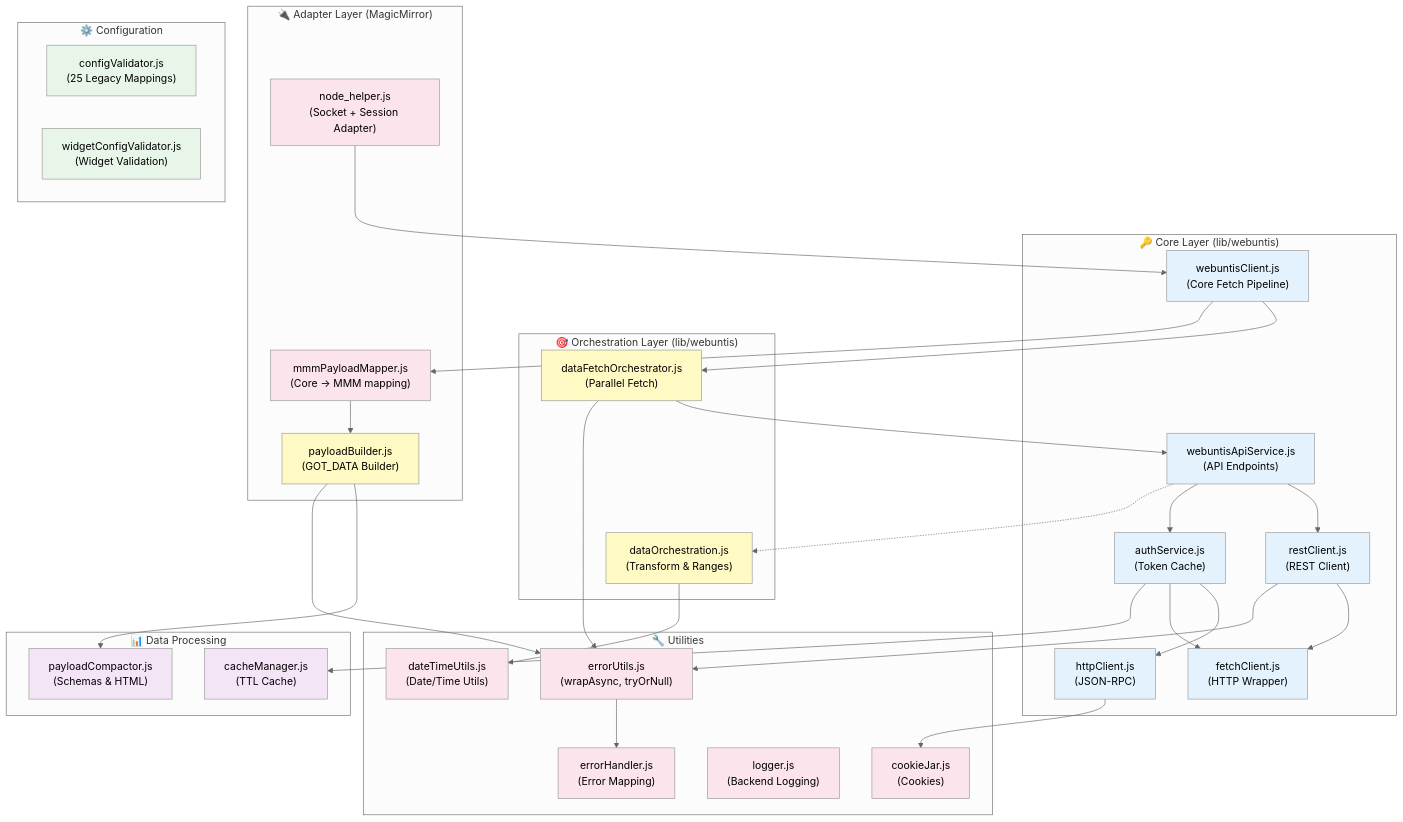
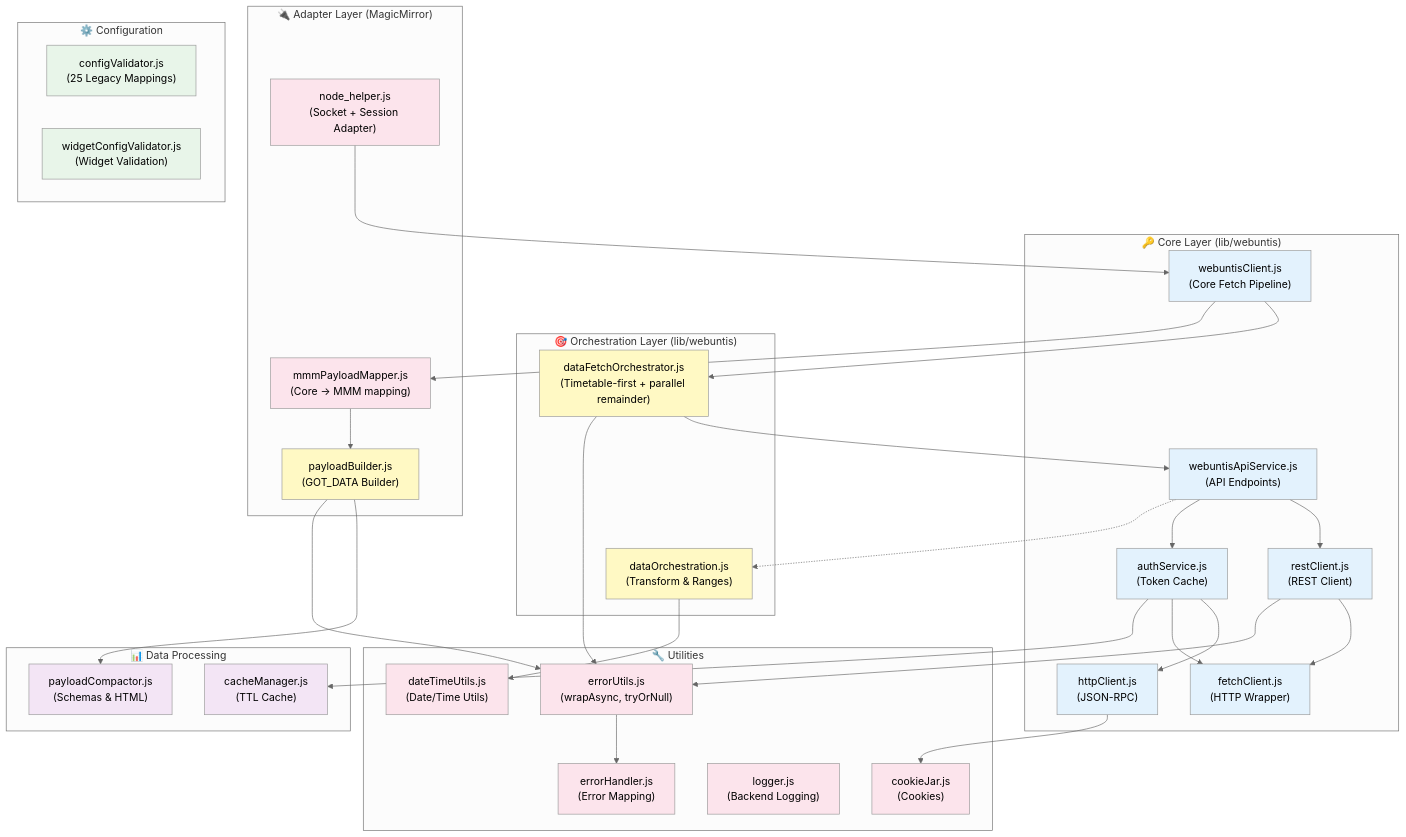
One commit to HeikoGr/MMM-Webuntis changed the second of 13 diagrams in docs/ARCHITECTURE.md. Above: the diagram before and after it, drawn with Mermaid (neutral theme). The commit also changed other lines of this file, not shown here.

Commit message:
refactor: update architecture documentation to reflect timetable-first orchestration and improved fetch strategy

````diff
--- a/docs/ARCHITECTURE.md
+++ b/docs/ARCHITECTURE.md
@@ -135,79 +135,79 @@
 ```mermaid
 graph TB
     subgraph Core["🔑 Core Layer (lib/webuntis)"]
         Auth["authService.js<br/>(Token Cache)"]
         HTTP["httpClient.js<br/>(JSON-RPC)"]
         Fetch["fetchClient.js<br/>(HTTP Wrapper)"]
         Rest["restClient.js<br/>(REST Client)"]
         API["webuntisApiService.js<br/>(API Endpoints)"]
         Client["webuntisClient.js<br/>(Core Fetch Pipeline)"]
     end
 
     subgraph Orch["🎯 Orchestration Layer (lib/webuntis)"]
         DataOrch["dataOrchestration.js<br/>(Transform & Ranges)"]
-        FetchOrch["dataFetchOrchestrator.js<br/>(Parallel Fetch)"]
+        FetchOrch["dataFetchOrchestrator.js<br/>(Timetable-first + parallel remainder)"]
     end
 
     subgraph Adapter["🔌 Adapter Layer (MagicMirror)"]
         NodeHelper["node_helper.js<br/>(Socket + Session Adapter)"]
         Mapper["mmmPayloadMapper.js<br/>(Core → MMM mapping)"]
         PayBuild["payloadBuilder.js<br/>(GOT_DATA Builder)"]
     end
 
     subgraph Data["📊 Data Processing"]
         Compact["payloadCompactor.js<br/>(Schemas & HTML)"]
         Cache["cacheManager.js<br/>(TTL Cache)"]
     end
 
     subgraph Config["⚙️ Configuration"]
         ConfigVal["configValidator.js<br/>(25 Legacy Mappings)"]
         WidgetVal["widgetConfigValidator.js<br/>(Widget Validation)"]
     end
 
     subgraph Utils["🔧 Utilities"]
         ErrUtils["errorUtils.js<br/>(wrapAsync, tryOrNull)"]
         ErrHandler["errorHandler.js<br/>(Error Mapping)"]
         DateTime["dateTimeUtils.js<br/>(Date/Time Utils)"]
         Logger["logger.js<br/>(Backend Logging)"]
         Cookie["cookieJar.js<br/>(Cookies)"]
     end
 
     %% Core dependencies
     Auth --> HTTP
     Auth --> Fetch
     Auth --> Cache
     HTTP --> Cookie
     API --> Rest
     API --> Auth
     Rest --> Fetch
     Rest --> ErrUtils
 
     %% Orchestration dependencies
     Client --> FetchOrch
     Client --> Mapper
     NodeHelper --> Client
     FetchOrch --> API
     FetchOrch --> ErrUtils
     Mapper --> PayBuild
     PayBuild --> Compact
     PayBuild --> ErrUtils
     DataOrch --> DateTime
 
     %% Error utilities
     ErrUtils --> ErrHandler
 
     %% Dotted: optional/utility dependencies
     API -.-> DataOrch
 
     classDef core fill:#e3f2fd
     classDef orch fill:#fff9c4
     classDef data fill:#f3e5f5
     classDef config fill:#e8f5e9
     classDef utils fill:#fce4ec
 
     class Auth,HTTP,Fetch,Rest,API,Client core
     class DataOrch,FetchOrch,PayBuild orch
     class Compact,Cache data
     class ConfigVal,WidgetVal config
     class ErrUtils,ErrHandler,DateTime,Logger,Cookie,NodeHelper,Mapper utils
 ```
````
